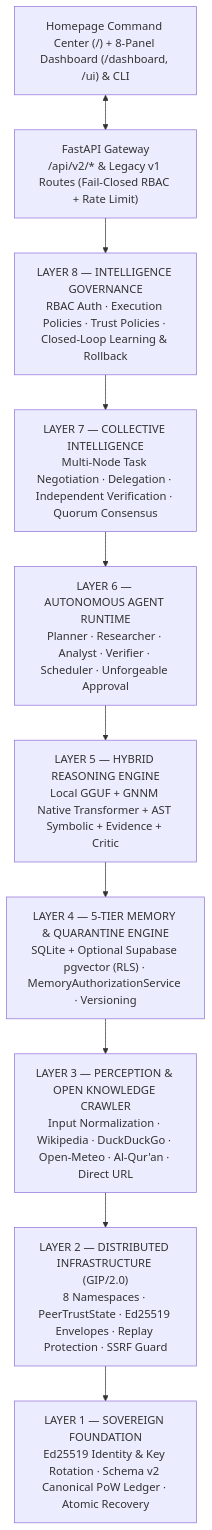
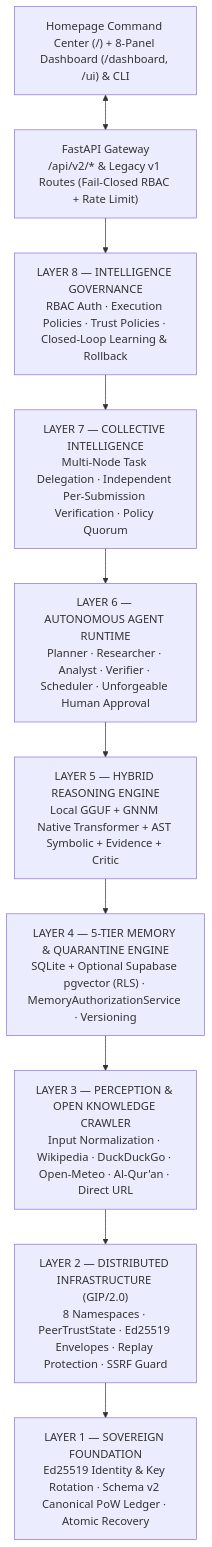
The diagram in README.md (hoed/gajahmada-ai), drawn with Mermaid before and after one commit. The commit also changed other lines of this file and 1 other file, not shown here.

````diff
--- a/README.md
+++ b/README.md
@@ -98,12 +86,12 @@
 ```mermaid
 flowchart TD
     UI["Homepage Command Center (/) + 8-Panel Dashboard (/dashboard, /ui) & CLI"] <--> API["FastAPI Gateway<br/>/api/v2/* & Legacy v1 Routes (Fail-Closed RBAC + Rate Limit)"]
     API --> L8["LAYER 8 — INTELLIGENCE GOVERNANCE<br/>RBAC Auth · Execution Policies · Trust Policies · Closed-Loop Learning & Rollback"]
-    L8 --> L7["LAYER 7 — COLLECTIVE INTELLIGENCE<br/>Multi-Node Task Negotiation · Delegation · Independent Verification · Quorum Consensus"]
-    L7 --> L6["LAYER 6 — AUTONOMOUS AGENT RUNTIME<br/>Planner · Researcher · Analyst · Verifier · Scheduler · Unforgeable Approval"]
+    L8 --> L7["LAYER 7 — COLLECTIVE INTELLIGENCE<br/>Multi-Node Task Delegation · Independent Per-Submission Verification · Policy Quorum"]
+    L7 --> L6["LAYER 6 — AUTONOMOUS AGENT RUNTIME<br/>Planner · Researcher · Analyst · Verifier · Scheduler · Unforgeable Human Approval"]
     L6 --> L5["LAYER 5 — HYBRID REASONING ENGINE<br/>Local GGUF + GNNM Native Transformer + AST Symbolic + Evidence + Critic"]
     L5 --> L4["LAYER 4 — 5-TIER MEMORY & QUARANTINE ENGINE<br/>SQLite + Optional Supabase pgvector (RLS) · MemoryAuthorizationService · Versioning"]
     L4 --> L3["LAYER 3 — PERCEPTION & OPEN KNOWLEDGE CRAWLER<br/>Input Normalization · Wikipedia · DuckDuckGo · Open-Meteo · Al-Qur'an · Direct URL"]
     L3 --> L2["LAYER 2 — DISTRIBUTED INFRASTRUCTURE (GIP/2.0)<br/>8 Namespaces · PeerTrustState · Ed25519 Envelopes · Replay Protection · SSRF Guard"]
     L2 --> L1["LAYER 1 — SOVEREIGN FOUNDATION<br/>Ed25519 Identity & Key Rotation · Schema v2 Canonical PoW Ledger · Atomic Recovery"]
 ```
````
